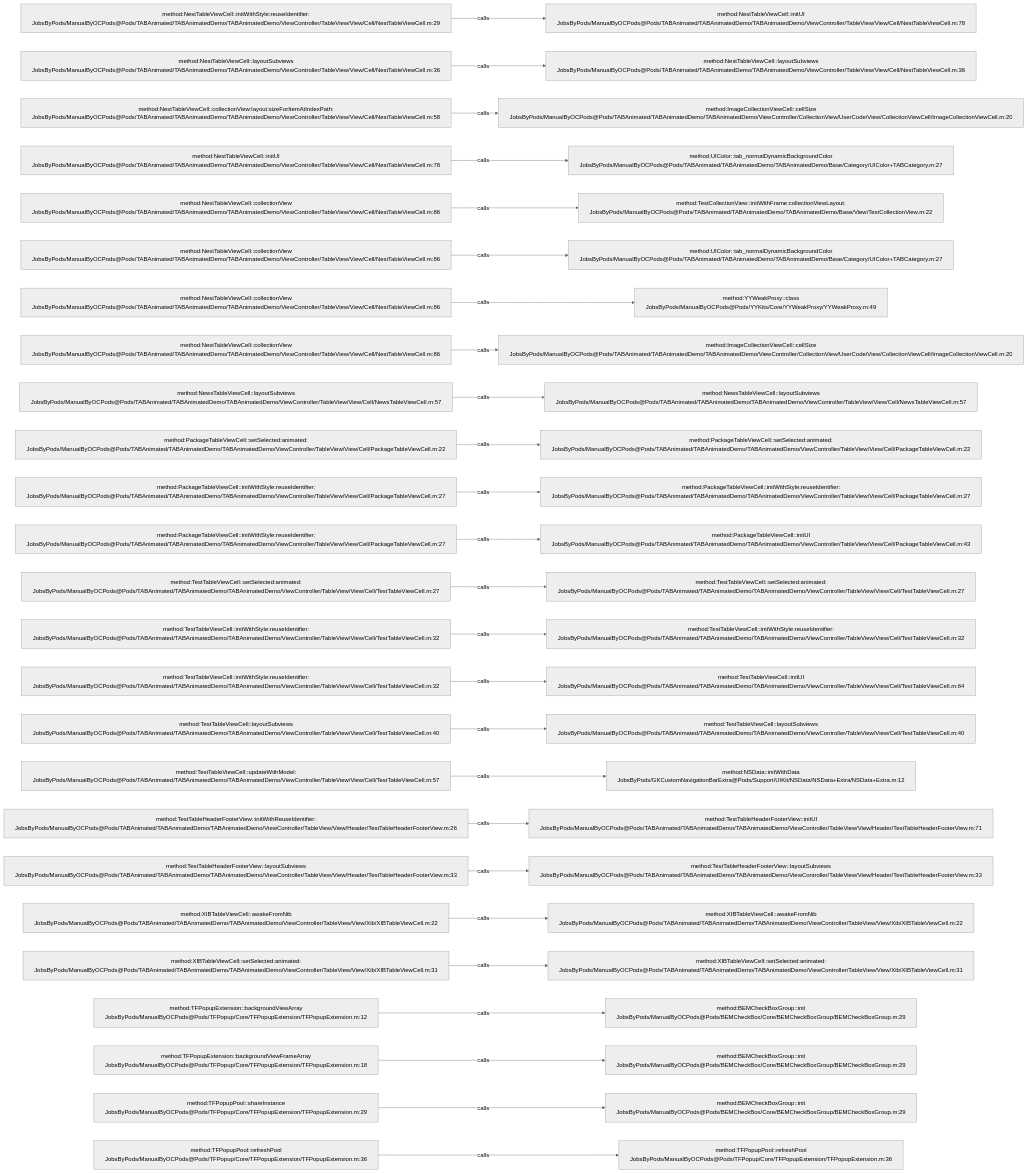
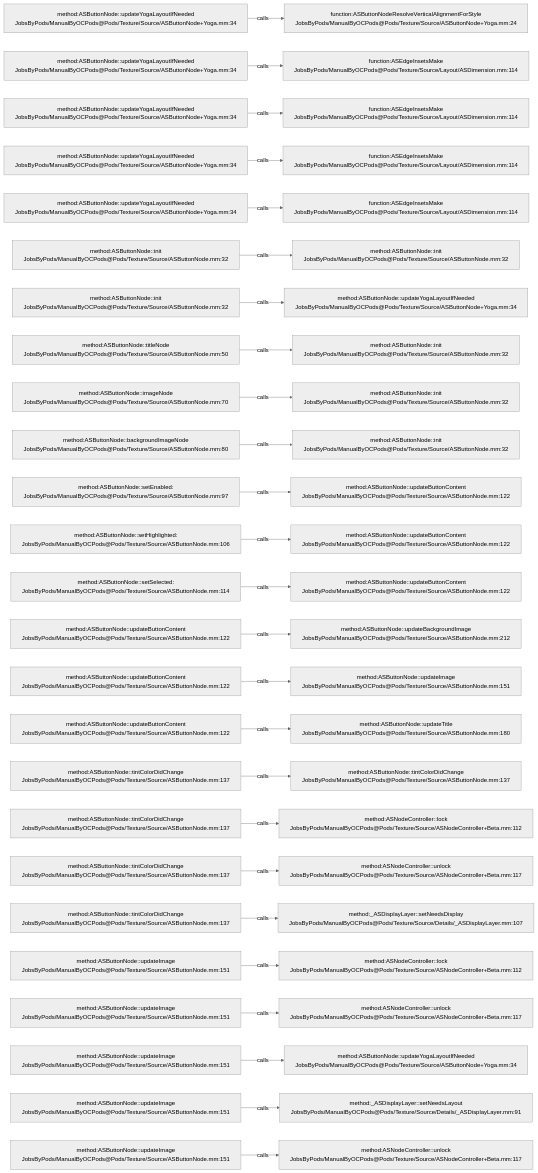
The diagram in .codegraph/codegraph.md/graphs/calls-069.md (JobsKits/JobsOCBaseConfigDemo), drawn with Mermaid (neutral theme) before and after one commit. The commit also changed 1353 other files, not shown here.

````diff
--- a/.codegraph/codegraph.md/graphs/calls-069.md
+++ b/.codegraph/codegraph.md/graphs/calls-069.md
@@ -13,78 +13,78 @@
 ```mermaid
 flowchart LR
-  S1["method:NestTableViewCell::initWithStyle:reuseIdentifier:<br/>JobsByPods/ManualByOCPods@Pods/TABAnimated/TABAnimatedDemo/TABAnimatedDemo/ViewController/TableView/View/Cell/NestTableViewCell.m:29"]
-  T1["method:NestTableViewCell::initUI<br/>JobsByPods/ManualByOCPods@Pods/TABAnimated/TABAnimatedDemo/TABAnimatedDemo/ViewController/TableView/View/Cell/NestTableViewCell.m:78"]
+  S1["method:ASButtonNode::updateYogaLayoutIfNeeded<br/>JobsByPods/ManualByOCPods@Pods/Texture/Source/ASButtonNode+Yoga.mm:34"]
+  T1["function:ASButtonNodeResolveVerticalAlignmentForStyle<br/>JobsByPods/ManualByOCPods@Pods/Texture/Source/ASButtonNode+Yoga.mm:24"]
   S1 -->|calls| T1
-  S2["method:NestTableViewCell::layoutSubviews<br/>JobsByPods/ManualByOCPods@Pods/TABAnimated/TABAnimatedDemo/TABAnimatedDemo/ViewController/TableView/View/Cell/NestTableViewCell.m:36"]
-  T2["method:NestTableViewCell::layoutSubviews<br/>JobsByPods/ManualByOCPods@Pods/TABAnimated/TABAnimatedDemo/TABAnimatedDemo/ViewController/TableView/View/Cell/NestTableViewCell.m:36"]
+  S2["method:ASButtonNode::updateYogaLayoutIfNeeded<br/>JobsByPods/ManualByOCPods@Pods/Texture/Source/ASButtonNode+Yoga.mm:34"]
+  T2["function:ASEdgeInsetsMake<br/>JobsByPods/ManualByOCPods@Pods/Texture/Source/Layout/ASDimension.mm:114"]
   S2 -->|calls| T2
-  S3["method:NestTableViewCell::collectionView:layout:sizeForItemAtIndexPath:<br/>JobsByPods/ManualByOCPods@Pods/TABAnimated/TABAnimatedDemo/TABAnimatedDemo/ViewController/TableView/View/Cell/NestTableViewCell.m:58"]
-  T3["method:ImageCollectionViewCell::cellSize<br/>JobsByPods/ManualByOCPods@Pods/TABAnimated/TABAnimatedDemo/TABAnimatedDemo/ViewController/CollectionView/UserCode/View/CollectionViewCell/ImageCollectionViewCell.m:20"]
+  S3["method:ASButtonNode::updateYogaLayoutIfNeeded<br/>JobsByPods/ManualByOCPods@Pods/Texture/Source/ASButtonNode+Yoga.mm:34"]
+  T3["function:ASEdgeInsetsMake<br/>JobsByPods/ManualByOCPods@Pods/Texture/Source/Layout/ASDimension.mm:114"]
   S3 -->|calls| T3
-  S4["method:NestTableViewCell::initUI<br/>JobsByPods/ManualByOCPods@Pods/TABAnimated/TABAnimatedDemo/TABAnimatedDemo/ViewController/TableView/View/Cell/NestTableViewCell.m:78"]
-  T4["method:UIColor::tab_normalDynamicBackgroundColor<br/>JobsByPods/ManualByOCPods@Pods/TABAnimated/TABAnimatedDemo/TABAnimatedDemo/Base/Category/UIColor+TABCategory.m:27"]
+  S4["method:ASButtonNode::updateYogaLayoutIfNeeded<br/>JobsByPods/ManualByOCPods@Pods/Texture/Source/ASButtonNode+Yoga.mm:34"]
+  T4["function:ASEdgeInsetsMake<br/>JobsByPods/ManualByOCPods@Pods/Texture/Source/Layout/ASDimension.mm:114"]
   S4 -->|calls| T4
-  S5["method:NestTableViewCell::collectionView<br/>JobsByPods/ManualByOCPods@Pods/TABAnimated/TABAnimatedDemo/TABAnimatedDemo/ViewController/TableView/View/Cell/NestTableViewCell.m:86"]
-  T5["method:TestCollectionView::initWithFrame:collectionViewLayout:<br/>JobsByPods/ManualByOCPods@Pods/TABAnimated/TABAnimatedDemo/TABAnimatedDemo/Base/View/TestCollectionView.m:22"]
+  S5["method:ASButtonNode::updateYogaLayoutIfNeeded<br/>JobsByPods/ManualByOCPods@Pods/Texture/Source/ASButtonNode+Yoga.mm:34"]
+  T5["function:ASEdgeInsetsMake<br/>JobsByPods/ManualByOCPods@Pods/Texture/Source/Layout/ASDimension.mm:114"]
   S5 -->|calls| T5
-  S6["method:NestTableViewCell::collectionView<br/>JobsByPods/ManualByOCPods@Pods/TABAnimated/TABAnimatedDemo/TABAnimatedDemo/ViewController/TableView/View/Cell/NestTableViewCell.m:86"]
-  T6["method:UIColor::tab_normalDynamicBackgroundColor<br/>JobsByPods/ManualByOCPods@Pods/TABAnimated/TABAnimatedDemo/TABAnimatedDemo/Base/Category/UIColor+TABCategory.m:27"]
+  S6["method:ASButtonNode::init<br/>JobsByPods/ManualByOCPods@Pods/Texture/Source/ASButtonNode.mm:32"]
+  T6["method:ASButtonNode::init<br/>JobsByPods/ManualByOCPods@Pods/Texture/Source/ASButtonNode.mm:32"]
   S6 -->|calls| T6
-  S7["method:NestTableViewCell::collectionView<br/>JobsByPods/ManualByOCPods@Pods/TABAnimated/TABAnimatedDemo/TABAnimatedDemo/ViewController/TableView/View/Cell/NestTableViewCell.m:86"]
-  T7["method:YYWeakProxy::class<br/>JobsByPods/ManualByOCPods@Pods/YYKits/Core/YYWeakProxy/YYWeakProxy.m:49"]
+  S7["method:ASButtonNode::init<br/>JobsByPods/ManualByOCPods@Pods/Texture/Source/ASButtonNode.mm:32"]
+  T7["method:ASButtonNode::updateYogaLayoutIfNeeded<br/>JobsByPods/ManualByOCPods@Pods/Texture/Source/ASButtonNode+Yoga.mm:34"]
   S7 -->|calls| T7
-  S8["method:NestTableViewCell::collectionView<br/>JobsByPods/ManualByOCPods@Pods/TABAnimated/TABAnimatedDemo/TABAnimatedDemo/ViewController/TableView/View/Cell/NestTableViewCell.m:86"]
-  T8["method:ImageCollectionViewCell::cellSize<br/>JobsByPods/ManualByOCPods@Pods/TABAnimated/TABAnimatedDemo/TABAnimatedDemo/ViewController/CollectionView/UserCode/View/CollectionViewCell/ImageCollectionViewCell.m:20"]
+  S8["method:ASButtonNode::titleNode<br/>JobsByPods/ManualByOCPods@Pods/Texture/Source/ASButtonNode.mm:50"]
+  T8["method:ASButtonNode::init<br/>JobsByPods/ManualByOCPods@Pods/Texture/Source/ASButtonNode.mm:32"]
   S8 -->|calls| T8
-  S9["method:NewsTableViewCell::layoutSubviews<br/>JobsByPods/ManualByOCPods@Pods/TABAnimated/TABAnimatedDemo/TABAnimatedDemo/ViewController/TableView/View/Cell/NewsTableViewCell.m:57"]
-  T9["method:NewsTableViewCell::layoutSubviews<br/>JobsByPods/ManualByOCPods@Pods/TABAnimated/TABAnimatedDemo/TABAnimatedDemo/ViewController/TableView/View/Cell/NewsTableViewCell.m:57"]
+  S9["method:ASButtonNode::imageNode<br/>JobsByPods/ManualByOCPods@Pods/Texture/Source/ASButtonNode.mm:70"]
+  T9["method:ASButtonNode::init<br/>JobsByPods/ManualByOCPods@Pods/Texture/Source/ASButtonNode.mm:32"]
   S9 -->|calls| T9
-  S10["method:PackageTableViewCell::setSelected:animated:<br/>JobsByPods/ManualByOCPods@Pods/TABAnimated/TABAnimatedDemo/TABAnimatedDemo/ViewController/TableView/View/Cell/PackageTableViewCell.m:22"]
-  T10["method:PackageTableViewCell::setSelected:animated:<br/>JobsByPods/ManualByOCPods@Pods/TABAnimated/TABAnimatedDemo/TABAnimatedDemo/ViewController/TableView/View/Cell/PackageTableViewCell.m:22"]
+  S10["method:ASButtonNode::backgroundImageNode<br/>JobsByPods/ManualByOCPods@Pods/Texture/Source/ASButtonNode.mm:80"]
+  T10["method:ASButtonNode::init<br/>JobsByPods/ManualByOCPods@Pods/Texture/Source/ASButtonNode.mm:32"]
   S10 -->|calls| T10
-  S11["method:PackageTableViewCell::initWithStyle:reuseIdentifier:<br/>JobsByPods/ManualByOCPods@Pods/TABAnimated/TABAnimatedDemo/TABAnimatedDemo/ViewController/TableView/View/Cell/PackageTableViewCell.m:27"]
-  T11["method:PackageTableViewCell::initWithStyle:reuseIdentifier:<br/>JobsByPods/ManualByOCPods@Pods/TABAnimated/TABAnimatedDemo/TABAnimatedDemo/ViewController/TableView/View/Cell/PackageTableViewCell.m:27"]
+  S11["method:ASButtonNode::setEnabled:<br/>JobsByPods/ManualByOCPods@Pods/Texture/Source/ASButtonNode.mm:97"]
+  T11["method:ASButtonNode::updateButtonContent<br/>JobsByPods/ManualByOCPods@Pods/Texture/Source/ASButtonNode.mm:122"]
   S11 -->|calls| T11
-  S12["method:PackageTableViewCell::initWithStyle:reuseIdentifier:<br/>JobsByPods/ManualByOCPods@Pods/TABAnimated/TABAnimatedDemo/TABAnimatedDemo/ViewController/TableView/View/Cell/PackageTableViewCell.m:27"]
-  T12["method:PackageTableViewCell::initUI<br/>JobsByPods/ManualByOCPods@Pods/TABAnimated/TABAnimatedDemo/TABAnimatedDemo/ViewController/TableView/View/Cell/PackageTableViewCell.m:43"]
+  S12["method:ASButtonNode::setHighlighted:<br/>JobsByPods/ManualByOCPods@Pods/Texture/Source/ASButtonNode.mm:106"]
+  T12["method:ASButtonNode::updateButtonContent<br/>JobsByPods/ManualByOCPods@Pods/Texture/Source/ASButtonNode.mm:122"]
   S12 -->|calls| T12
-  S13["method:TestTableViewCell::setSelected:animated:<br/>JobsByPods/ManualByOCPods@Pods/TABAnimated/TABAnimatedDemo/TABAnimatedDemo/ViewController/TableView/View/Cell/TestTableViewCell.m:27"]
-  T13["method:TestTableViewCell::setSelected:animated:<br/>JobsByPods/ManualByOCPods@Pods/TABAnimated/TABAnimatedDemo/TABAnimatedDemo/ViewController/TableView/View/Cell/TestTableViewCell.m:27"]
+  S13["method:ASButtonNode::setSelected:<br/>JobsByPods/ManualByOCPods@Pods/Texture/Source/ASButtonNode.mm:114"]
+  T13["method:ASButtonNode::updateButtonContent<br/>JobsByPods/ManualByOCPods@Pods/Texture/Source/ASButtonNode.mm:122"]
   S13 -->|calls| T13
-  S14["method:TestTableViewCell::initWithStyle:reuseIdentifier:<br/>JobsByPods/ManualByOCPods@Pods/TABAnimated/TABAnimatedDemo/TABAnimatedDemo/ViewController/TableView/View/Cell/TestTableViewCell.m:32"]
-  T14["method:TestTableViewCell::initWithStyle:reuseIdentifier:<br/>JobsByPods/ManualByOCPods@Pods/TABAnimated/TABAnimatedDemo/TABAnimatedDemo/ViewController/TableView/View/Cell/TestTableViewCell.m:32"]
+  S14["method:ASButtonNode::updateButtonContent<br/>JobsByPods/ManualByOCPods@Pods/Texture/Source/ASButtonNode.mm:122"]
+  T14["method:ASButtonNode::updateBackgroundImage<br/>JobsByPods/ManualByOCPods@Pods/Texture/Source/ASButtonNode.mm:212"]
   S14 -->|calls| T14
-  S15["method:TestTableViewCell::initWithStyle:reuseIdentifier:<br/>JobsByPods/ManualByOCPods@Pods/TABAnimated/TABAnimatedDemo/TABAnimatedDemo/ViewController/TableView/View/Cell/TestTableViewCell.m:32"]
-  T15["method:TestTableViewCell::initUI<br/>JobsByPods/ManualByOCPods@Pods/TABAnimated/TABAnimatedDemo/TABAnimatedDemo/ViewController/TableView/View/Cell/TestTableViewCell.m:64"]
+  S15["method:ASButtonNode::updateButtonContent<br/>JobsByPods/ManualByOCPods@Pods/Texture/Source/ASButtonNode.mm:122"]
+  T15["method:ASButtonNode::updateImage<br/>JobsByPods/ManualByOCPods@Pods/Texture/Source/ASButtonNode.mm:151"]
   S15 -->|calls| T15
-  S16["method:TestTableViewCell::layoutSubviews<br/>JobsByPods/ManualByOCPods@Pods/TABAnimated/TABAnimatedDemo/TABAnimatedDemo/ViewController/TableView/View/Cell/TestTableViewCell.m:40"]
-  T16["method:TestTableViewCell::layoutSubviews<br/>JobsByPods/ManualByOCPods@Pods/TABAnimated/TABAnimatedDemo/TABAnimatedDemo/ViewController/TableView/View/Cell/TestTableViewCell.m:40"]
+  S16["method:ASButtonNode::updateButtonContent<br/>JobsByPods/ManualByOCPods@Pods/Texture/Source/ASButtonNode.mm:122"]
+  T16["method:ASButtonNode::updateTitle<br/>JobsByPods/ManualByOCPods@Pods/Texture/Source/ASButtonNode.mm:180"]
   S16 -->|calls| T16
-  S17["method:TestTableViewCell::updateWithModel:<br/>JobsByPods/ManualByOCPods@Pods/TABAnimated/TABAnimatedDemo/TABAnimatedDemo/ViewController/TableView/View/Cell/TestTableViewCell.m:57"]
-  T17["method:NSData::initWithData<br/>JobsByPods/GKCustomNavigationBarExtra@Pods/Support/UIKit/NSData/NSData+Extra/NSData+Extra.m:12"]
+  S17["method:ASButtonNode::tintColorDidChange<br/>JobsByPods/ManualByOCPods@Pods/Texture/Source/ASButtonNode.mm:137"]
+  T17["method:ASButtonNode::tintColorDidChange<br/>JobsByPods/ManualByOCPods@Pods/Texture/Source/ASButtonNode.mm:137"]
   S17 -->|calls| T17
-  S18["method:TestTableHeaderFooterView::initWithReuseIdentifier:<br/>JobsByPods/ManualByOCPods@Pods/TABAnimated/TABAnimatedDemo/TABAnimatedDemo/ViewController/TableView/View/Header/TestTableHeaderFooterView.m:26"]
-  T18["method:TestTableHeaderFooterView::initUI<br/>JobsByPods/ManualByOCPods@Pods/TABAnimated/TABAnimatedDemo/TABAnimatedDemo/ViewController/TableView/View/Header/TestTableHeaderFooterView.m:71"]
+  S18["method:ASButtonNode::tintColorDidChange<br/>JobsByPods/ManualByOCPods@Pods/Texture/Source/ASButtonNode.mm:137"]
+  T18["method:ASNodeController::lock<br/>JobsByPods/ManualByOCPods@Pods/Texture/Source/ASNodeController+Beta.mm:112"]
   S18 -->|calls| T18
-  S19["method:TestTableHeaderFooterView::layoutSubviews<br/>JobsByPods/ManualByOCPods@Pods/TABAnimated/TABAnimatedDemo/TABAnimatedDemo/ViewController/TableView/View/Header/TestTableHeaderFooterView.m:33"]
-  T19["method:TestTableHeaderFooterView::layoutSubviews<br/>JobsByPods/ManualByOCPods@Pods/TABAnimated/TABAnimatedDemo/TABAnimatedDemo/ViewController/TableView/View/Header/TestTableHeaderFooterView.m:33"]
+  S19["method:ASButtonNode::tintColorDidChange<br/>JobsByPods/ManualByOCPods@Pods/Texture/Source/ASButtonNode.mm:137"]
+  T19["method:ASNodeController::unlock<br/>JobsByPods/ManualByOCPods@Pods/Texture/Source/ASNodeController+Beta.mm:117"]
   S19 -->|calls| T19
-  S20["method:XIBTableViewCell::awakeFromNib<br/>JobsByPods/ManualByOCPods@Pods/TABAnimated/TABAnimatedDemo/TABAnimatedDemo/ViewController/TableView/View/Xib/XIBTableViewCell.m:22"]
-  T20["method:XIBTableViewCell::awakeFromNib<br/>JobsByPods/ManualByOCPods@Pods/TABAnimated/TABAnimatedDemo/TABAnimatedDemo/ViewController/TableView/View/Xib/XIBTableViewCell.m:22"]
+  S20["method:ASButtonNode::tintColorDidChange<br/>JobsByPods/ManualByOCPods@Pods/Texture/Source/ASButtonNode.mm:137"]
+  T20["method:_ASDisplayLayer::setNeedsDisplay<br/>JobsByPods/ManualByOCPods@Pods/Texture/Source/Details/_ASDisplayLayer.mm:107"]
   S20 -->|calls| T20
-  S21["method:XIBTableViewCell::setSelected:animated:<br/>JobsByPods/ManualByOCPods@Pods/TABAnimated/TABAnimatedDemo/TABAnimatedDemo/ViewController/TableView/View/Xib/XIBTableViewCell.m:31"]
-  T21["method:XIBTableViewCell::setSelected:animated:<br/>JobsByPods/ManualByOCPods@Pods/TABAnimated/TABAnimatedDemo/TABAnimatedDemo/ViewController/TableView/View/Xib/XIBTableViewCell.m:31"]
+  S21["method:ASButtonNode::updateImage<br/>JobsByPods/ManualByOCPods@Pods/Texture/Source/ASButtonNode.mm:151"]
+  T21["method:ASNodeController::lock<br/>JobsByPods/ManualByOCPods@Pods/Texture/Source/ASNodeController+Beta.mm:112"]
   S21 -->|calls| T21
-  S22["method:TFPopupExtension::backgroundViewArray<br/>JobsByPods/ManualByOCPods@Pods/TFPopup/Core/TFPopupExtension/TFPopupExtension.m:12"]
-  T22["method:BEMCheckBoxGroup::init<br/>JobsByPods/ManualByOCPods@Pods/BEMCheckBox/Core/BEMCheckBoxGroup/BEMCheckBoxGroup.m:29"]
+  S22["method:ASButtonNode::updateImage<br/>JobsByPods/ManualByOCPods@Pods/Texture/Source/ASButtonNode.mm:151"]
+  T22["method:ASNodeController::unlock<br/>JobsByPods/ManualByOCPods@Pods/Texture/Source/ASNodeController+Beta.mm:117"]
   S22 -->|calls| T22
-  S23["method:TFPopupExtension::backgroundViewFrameArray<br/>JobsByPods/ManualByOCPods@Pods/TFPopup/Core/TFPopupExtension/TFPopupExtension.m:18"]
-  T23["method:BEMCheckBoxGroup::init<br/>JobsByPods/ManualByOCPods@Pods/BEMCheckBox/Core/BEMCheckBoxGroup/BEMCheckBoxGroup.m:29"]
+  S23["method:ASButtonNode::updateImage<br/>JobsByPods/ManualByOCPods@Pods/Texture/Source/ASButtonNode.mm:151"]
+  T23["method:ASButtonNode::updateYogaLayoutIfNeeded<br/>JobsByPods/ManualByOCPods@Pods/Texture/Source/ASButtonNode+Yoga.mm:34"]
   S23 -->|calls| T23
-  S24["method:TFPopupPool::shareInstance<br/>JobsByPods/ManualByOCPods@Pods/TFPopup/Core/TFPopupExtension/TFPopupExtension.m:29"]
-  T24["method:BEMCheckBoxGroup::init<br/>JobsByPods/ManualByOCPods@Pods/BEMCheckBox/Core/BEMCheckBoxGroup/BEMCheckBoxGroup.m:29"]
+  S24["method:ASButtonNode::updateImage<br/>JobsByPods/ManualByOCPods@Pods/Texture/Source/ASButtonNode.mm:151"]
+  T24["method:_ASDisplayLayer::setNeedsLayout<br/>JobsByPods/ManualByOCPods@Pods/Texture/Source/Details/_ASDisplayLayer.mm:91"]
   S24 -->|calls| T24
-  S25["method:TFPopupPool::refreshPool<br/>JobsByPods/ManualByOCPods@Pods/TFPopup/Core/TFPopupExtension/TFPopupExtension.m:36"]
-  T25["method:TFPopupPool::refreshPool<br/>JobsByPods/ManualByOCPods@Pods/TFPopup/Core/TFPopupExtension/TFPopupExtension.m:36"]
+  S25["method:ASButtonNode::updateImage<br/>JobsByPods/ManualByOCPods@Pods/Texture/Source/ASButtonNode.mm:151"]
+  T25["method:ASNodeController::unlock<br/>JobsByPods/ManualByOCPods@Pods/Texture/Source/ASNodeController+Beta.mm:117"]
   S25 -->|calls| T25
 ```
````
